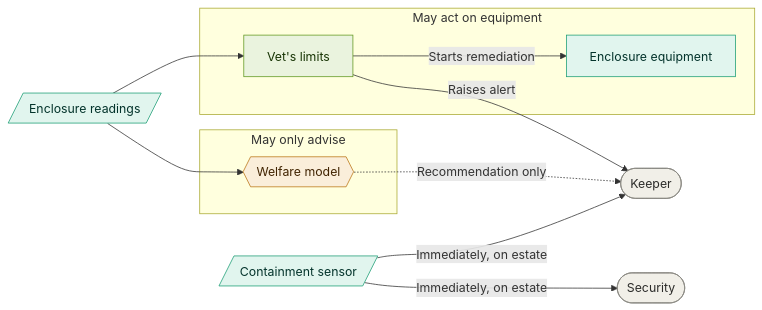
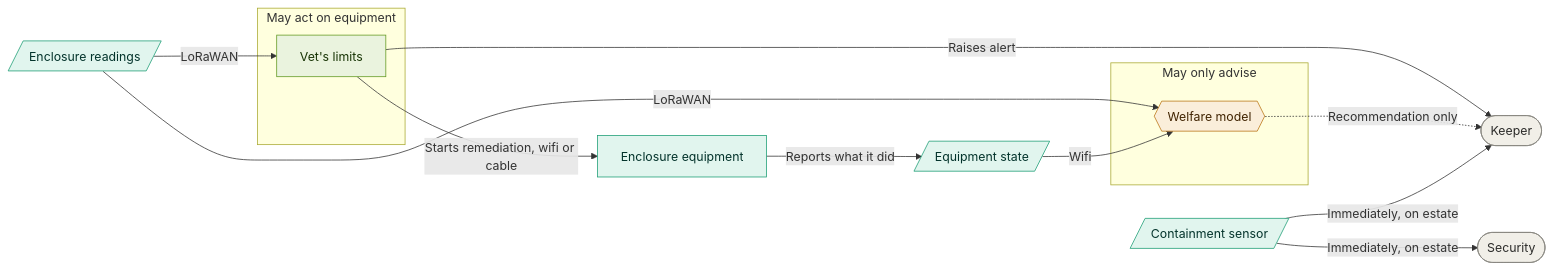
The second of 3 diagrams in docs/diagrams/05-welfare-monitoring.md (Humanberto/architectural-katas-2026), drawn with Mermaid before and after one commit. The commit also changed other lines of this file and 2 other files, not shown here.

Commit message:
docs: update diagrams 04 and 05 for 041 and 047, add 06

````diff
--- a/docs/diagrams/05-welfare-monitoring.md
+++ b/docs/diagrams/05-welfare-monitoring.md
@@ -8,40 +35,43 @@
 ```mermaid
 flowchart LR
 
   readings[/Enclosure readings/]
   door[/Containment sensor/]
+  equipstate[/Equipment state/]
 
   subgraph auto["May act on equipment"]
     limits[Vet's limits]
-    kit[Enclosure equipment]
   end
 
   subgraph advise["May only advise"]
     model{{Welfare model}}
   end
 
+  kit[Enclosure equipment]
   keeper([Keeper])
   security([Security])
 
-  readings --> limits
-  readings --> model
-  limits -->|Starts remediation| kit
+  readings -->|LoRaWAN| limits
+  readings -->|LoRaWAN| model
+  equipstate -->|Wifi| model
+  limits -->|Starts remediation, wifi or cable| kit
+  kit -->|Reports what it did| equipstate
   limits -->|Raises alert| keeper
   model -.->|Recommendation only| keeper
   door -->|Immediately, on estate| security
   door -->|Immediately, on estate| keeper
 
   classDef t1 fill:#EAF3DE,stroke:#639922,color:#173404
   classDef t2 fill:#FAEEDA,stroke:#BA7517,color:#412402
   classDef t3 fill:#EEEDFE,stroke:#7F77DD,color:#26215C
   classDef edge fill:#E1F5EE,stroke:#1D9E75,color:#04342C
   classDef cloud fill:#E6F1FB,stroke:#378ADD,color:#042C53
   classDef human fill:#F1EFE8,stroke:#888780,color:#2C2C2A
   classDef store fill:#FBEAF0,stroke:#D4537E,color:#4B1528
   classDef ext fill:#FCEBEB,stroke:#E24B4A,color:#501313
 
-  class readings,door,kit edge
+  class readings,door,equipstate,kit edge
   class limits t1
   class model t2
   class keeper,security human
 ```
````
